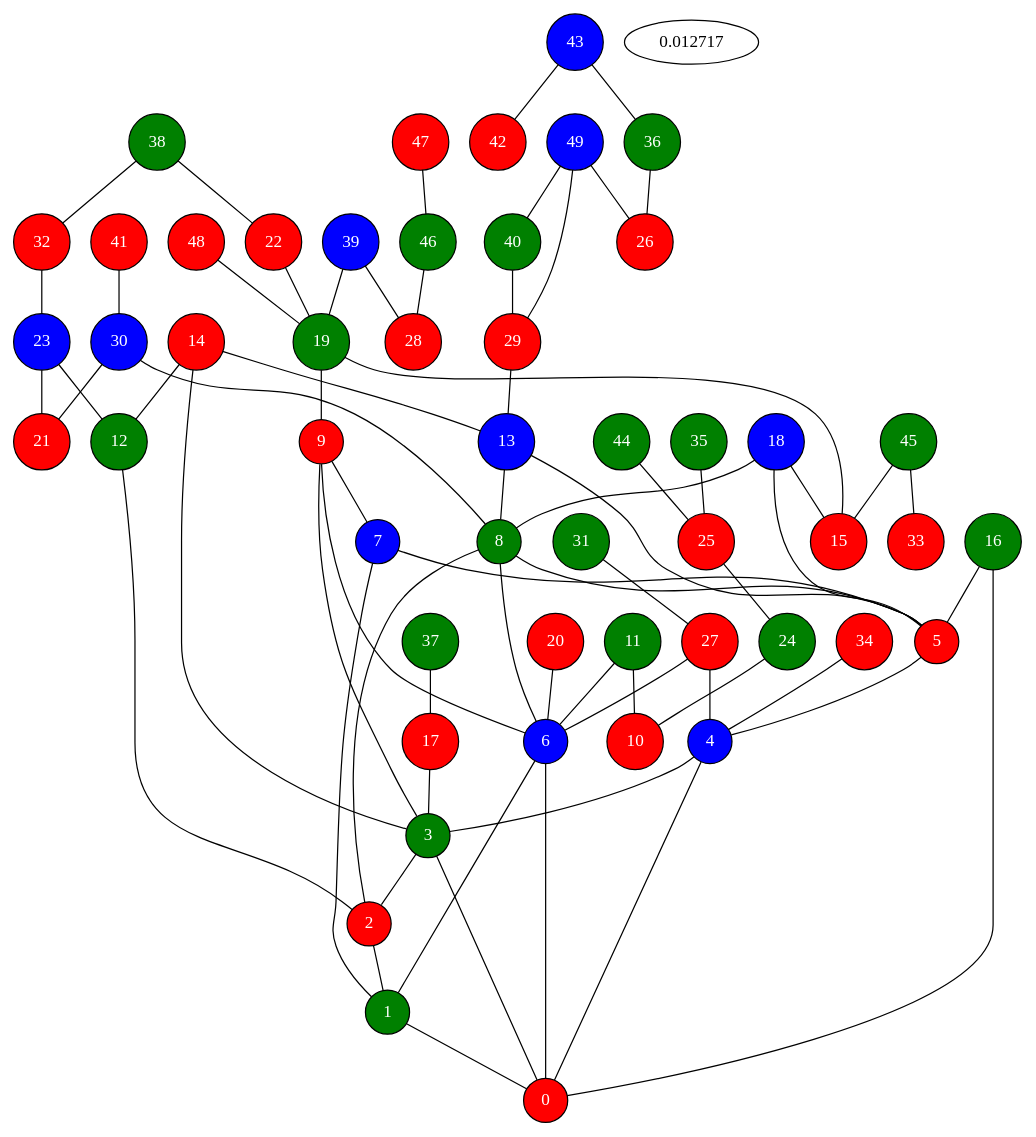
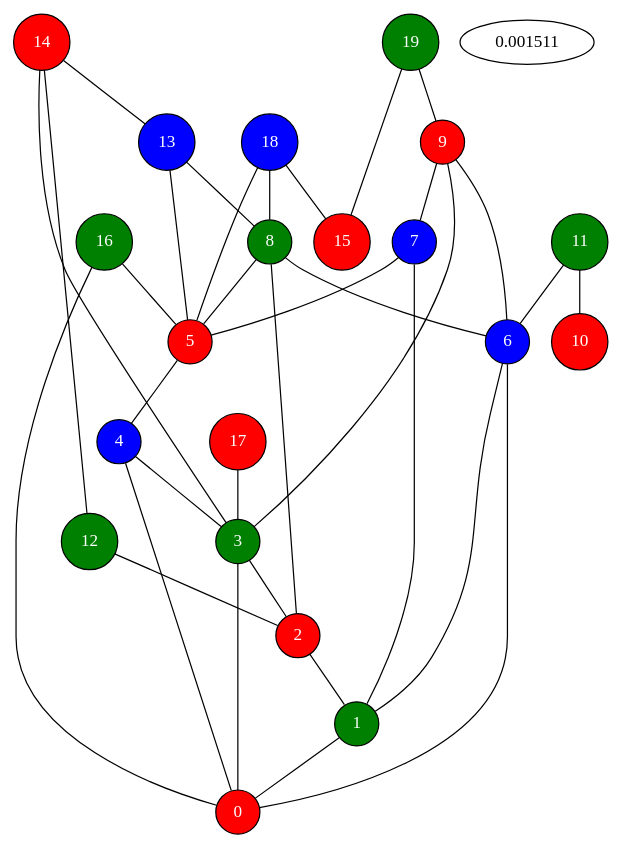
The diagram in coloringQT/build-ColoringGraph-Desktop_Qt_5_6_2_GCC_64bit-Debug/grafo_serial.dot (FelixOliver/Paralelos), drawn with Graphviz before and after one commit. The commit also changed 10 other files, not shown here.

```diff
--- a/coloringQT/build-ColoringGraph-Desktop_Qt_5_6_2_GCC_64bit-Debug/grafo_serial.dot
+++ b/coloringQT/build-ColoringGraph-Desktop_Qt_5_6_2_GCC_64bit-Debug/grafo_serial.dot
@@ -1,120 +1,56 @@
 strict graph A {
 0 [shape=circle,sides=4,distortion="0.0",orientation="0.0",skew ="0.0",fontcolor=white,style=filled,fillcolor=red] ;
 1 [shape=circle,sides=4,distortion="0.0",orientation="0.0",skew ="0.0",fontcolor=white,style=filled,fillcolor=green] ;
 2 [shape=circle,sides=4,distortion="0.0",orientation="0.0",skew ="0.0",fontcolor=white,style=filled,fillcolor=red] ;
 3 [shape=circle,sides=4,distortion="0.0",orientation="0.0",skew ="0.0",fontcolor=white,style=filled,fillcolor=green] ;
 4 [shape=circle,sides=4,distortion="0.0",orientation="0.0",skew ="0.0",fontcolor=white,style=filled,fillcolor=blue] ;
 5 [shape=circle,sides=4,distortion="0.0",orientation="0.0",skew ="0.0",fontcolor=white,style=filled,fillcolor=red] ;
 6 [shape=circle,sides=4,distortion="0.0",orientation="0.0",skew ="0.0",fontcolor=white,style=filled,fillcolor=blue] ;
 7 [shape=circle,sides=4,distortion="0.0",orientation="0.0",skew ="0.0",fontcolor=white,style=filled,fillcolor=blue] ;
 8 [shape=circle,sides=4,distortion="0.0",orientation="0.0",skew ="0.0",fontcolor=white,style=filled,fillcolor=green] ;
 9 [shape=circle,sides=4,distortion="0.0",orientation="0.0",skew ="0.0",fontcolor=white,style=filled,fillcolor=red] ;
 10 [shape=circle,sides=4,distortion="0.0",orientation="0.0",skew ="0.0",fontcolor=white,style=filled,fillcolor=red] ;
 11 [shape=circle,sides=4,distortion="0.0",orientation="0.0",skew ="0.0",fontcolor=white,style=filled,fillcolor=green] ;
 12 [shape=circle,sides=4,distortion="0.0",orientation="0.0",skew ="0.0",fontcolor=white,style=filled,fillcolor=green] ;
 13 [shape=circle,sides=4,distortion="0.0",orientation="0.0",skew ="0.0",fontcolor=white,style=filled,fillcolor=blue] ;
 14 [shape=circle,sides=4,distortion="0.0",orientation="0.0",skew ="0.0",fontcolor=white,style=filled,fillcolor=red] ;
 15 [shape=circle,sides=4,distortion="0.0",orientation="0.0",skew ="0.0",fontcolor=white,style=filled,fillcolor=red] ;
 16 [shape=circle,sides=4,distortion="0.0",orientation="0.0",skew ="0.0",fontcolor=white,style=filled,fillcolor=green] ;
 17 [shape=circle,sides=4,distortion="0.0",orientation="0.0",skew ="0.0",fontcolor=white,style=filled,fillcolor=red] ;
 18 [shape=circle,sides=4,distortion="0.0",orientation="0.0",skew ="0.0",fontcolor=white,style=filled,fillcolor=blue] ;
 19 [shape=circle,sides=4,distortion="0.0",orientation="0.0",skew ="0.0",fontcolor=white,style=filled,fillcolor=green] ;
-20 [shape=circle,sides=4,distortion="0.0",orientation="0.0",skew ="0.0",fontcolor=white,style=filled,fillcolor=red] ;
-21 [shape=circle,sides=4,distortion="0.0",orientation="0.0",skew ="0.0",fontcolor=white,style=filled,fillcolor=red] ;
-22 [shape=circle,sides=4,distortion="0.0",orientation="0.0",skew ="0.0",fontcolor=white,style=filled,fillcolor=red] ;
-23 [shape=circle,sides=4,distortion="0.0",orientation="0.0",skew ="0.0",fontcolor=white,style=filled,fillcolor=blue] ;
-24 [shape=circle,sides=4,distortion="0.0",orientation="0.0",skew ="0.0",fontcolor=white,style=filled,fillcolor=green] ;
-25 [shape=circle,sides=4,distortion="0.0",orientation="0.0",skew ="0.0",fontcolor=white,style=filled,fillcolor=red] ;
-26 [shape=circle,sides=4,distortion="0.0",orientation="0.0",skew ="0.0",fontcolor=white,style=filled,fillcolor=red] ;
-27 [shape=circle,sides=4,distortion="0.0",orientation="0.0",skew ="0.0",fontcolor=white,style=filled,fillcolor=red] ;
-28 [shape=circle,sides=4,distortion="0.0",orientation="0.0",skew ="0.0",fontcolor=white,style=filled,fillcolor=red] ;
-29 [shape=circle,sides=4,distortion="0.0",orientation="0.0",skew ="0.0",fontcolor=white,style=filled,fillcolor=red] ;
-30 [shape=circle,sides=4,distortion="0.0",orientation="0.0",skew ="0.0",fontcolor=white,style=filled,fillcolor=blue] ;
-31 [shape=circle,sides=4,distortion="0.0",orientation="0.0",skew ="0.0",fontcolor=white,style=filled,fillcolor=green] ;
-32 [shape=circle,sides=4,distortion="0.0",orientation="0.0",skew ="0.0",fontcolor=white,style=filled,fillcolor=red] ;
-33 [shape=circle,sides=4,distortion="0.0",orientation="0.0",skew ="0.0",fontcolor=white,style=filled,fillcolor=red] ;
-34 [shape=circle,sides=4,distortion="0.0",orientation="0.0",skew ="0.0",fontcolor=white,style=filled,fillcolor=red] ;
-35 [shape=circle,sides=4,distortion="0.0",orientation="0.0",skew ="0.0",fontcolor=white,style=filled,fillcolor=green] ;
-36 [shape=circle,sides=4,distortion="0.0",orientation="0.0",skew ="0.0",fontcolor=white,style=filled,fillcolor=green] ;
-37 [shape=circle,sides=4,distortion="0.0",orientation="0.0",skew ="0.0",fontcolor=white,style=filled,fillcolor=green] ;
-38 [shape=circle,sides=4,distortion="0.0",orientation="0.0",skew ="0.0",fontcolor=white,style=filled,fillcolor=green] ;
-39 [shape=circle,sides=4,distortion="0.0",orientation="0.0",skew ="0.0",fontcolor=white,style=filled,fillcolor=blue] ;
-40 [shape=circle,sides=4,distortion="0.0",orientation="0.0",skew ="0.0",fontcolor=white,style=filled,fillcolor=green] ;
-41 [shape=circle,sides=4,distortion="0.0",orientation="0.0",skew ="0.0",fontcolor=white,style=filled,fillcolor=red] ;
-42 [shape=circle,sides=4,distortion="0.0",orientation="0.0",skew ="0.0",fontcolor=white,style=filled,fillcolor=red] ;
-43 [shape=circle,sides=4,distortion="0.0",orientation="0.0",skew ="0.0",fontcolor=white,style=filled,fillcolor=blue] ;
-44 [shape=circle,sides=4,distortion="0.0",orientation="0.0",skew ="0.0",fontcolor=white,style=filled,fillcolor=green] ;
-45 [shape=circle,sides=4,distortion="0.0",orientation="0.0",skew ="0.0",fontcolor=white,style=filled,fillcolor=green] ;
-46 [shape=circle,sides=4,distortion="0.0",orientation="0.0",skew ="0.0",fontcolor=white,style=filled,fillcolor=green] ;
-47 [shape=circle,sides=4,distortion="0.0",orientation="0.0",skew ="0.0",fontcolor=white,style=filled,fillcolor=red] ;
-48 [shape=circle,sides=4,distortion="0.0",orientation="0.0",skew ="0.0",fontcolor=white,style=filled,fillcolor=red] ;
-49 [shape=circle,sides=4,distortion="0.0",orientation="0.0",skew ="0.0",fontcolor=white,style=filled,fillcolor=blue] ;
 1--0;
 2--1;
 3--0;
 3--2;
 4--0;
 4--3;
 5--4;
 6--0;
 6--1;
 7--1;
 7--5;
 8--2;
 8--5;
 8--6;
 9--3;
 9--6;
 9--7;
 11--6;
 11--10;
 12--2;
 13--5;
 13--8;
 14--3;
 14--12;
 14--13;
 16--0;
 16--5;
 17--3;
 18--5;
 18--8;
 18--15;
 19--9;
 19--15;
-20--6;
-22--19;
-23--12;
-23--21;
-24--10;
-25--24;
-27--4;
-27--6;
-29--13;
-30--8;
-30--21;
-31--27;
-32--23;
-34--4;
-35--25;
-36--26;
-37--17;
-38--22;
-38--32;
-39--19;
-39--28;
-40--29;
-41--30;
-43--36;
-43--42;
-44--25;
-45--15;
-45--33;
-46--28;
-47--46;
-48--19;
-49--26;
-49--29;
-49--40;
-0.012717
+0.001511
 }
```
